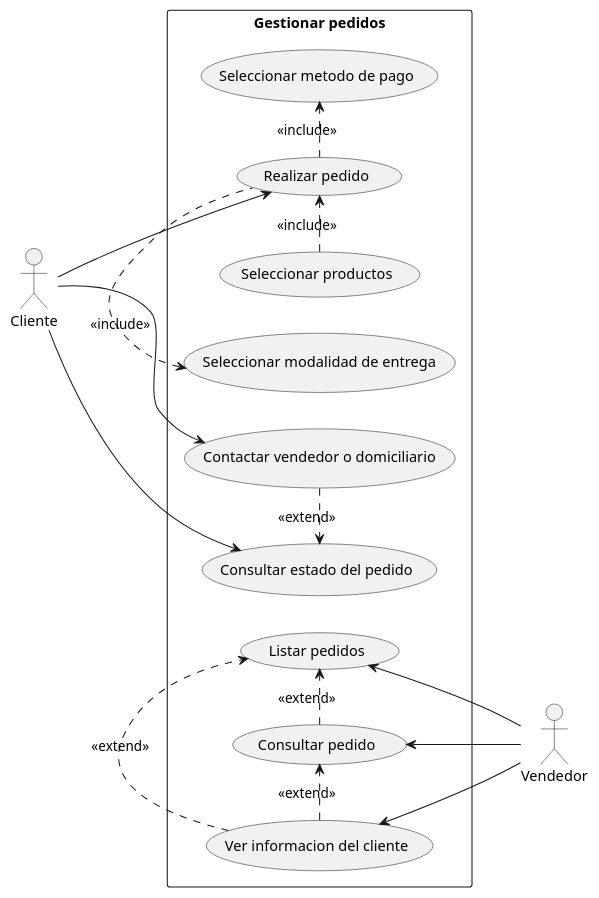
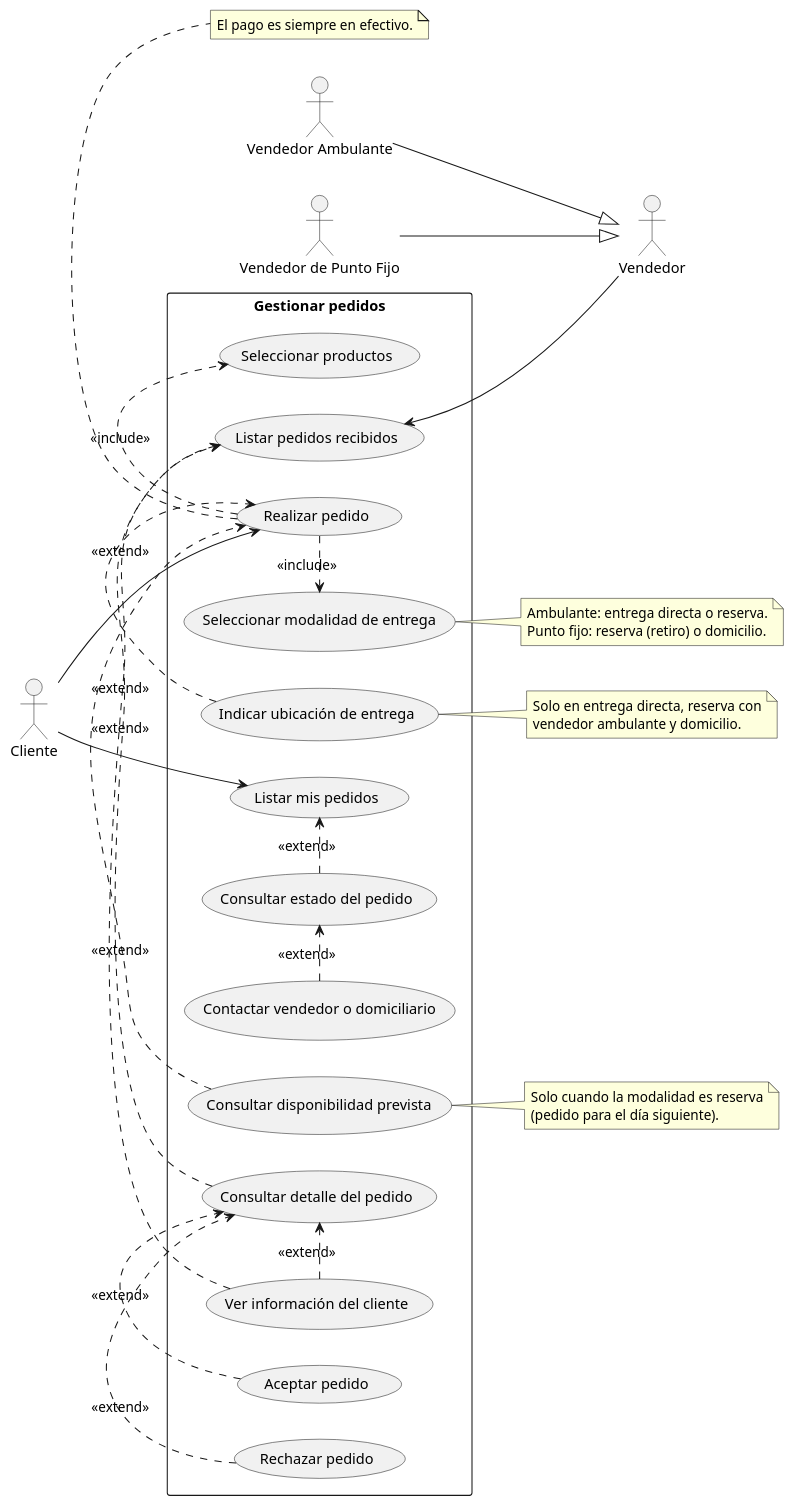
The diagram in casos de uso/gestionar_pedidos.puml (RAAR-18/napa), drawn with PlantUML before and after one commit. The commit also changed 130 other files, not shown here.

```diff
--- a/casos de uso/gestionar_pedidos.puml
+++ b/casos de uso/gestionar_pedidos.puml
@@ -1,35 +1,67 @@
 @startuml
 
 left to right direction
 
+actor "Cliente" as c
 actor "Vendedor" as v
-actor "Cliente" as c
+actor "Vendedor Ambulante" as va
+actor "Vendedor de Punto Fijo" as vpf
+
+va --|> v
+vpf --|> v
 
 rectangle "Gestionar pedidos" {
     usecase "Realizar pedido" as UC1
-    usecase "Consultar estado del pedido" as UC2
-    usecase "Contactar vendedor o domiciliario" as UC3
-    usecase "Listar pedidos" as UC5
-    usecase "Consultar pedido" as UC6
-    usecase "Seleccionar metodo de pago" as UC8
-    usecase "Seleccionar modalidad de entrega" as UC9
-    usecase "Seleccionar productos" as UC10
-    usecase "Ver informacion del cliente" as UC11
+    usecase "Seleccionar productos" as UC2
+    usecase "Seleccionar modalidad de entrega" as UC3
+    usecase "Indicar ubicación de entrega" as UC4
+    usecase "Consultar disponibilidad prevista" as UC5
+    usecase "Listar mis pedidos" as UC6
+    usecase "Consultar estado del pedido" as UC7
+    usecase "Contactar vendedor o domiciliario" as UC8
+    usecase "Listar pedidos recibidos" as UC9
+    usecase "Consultar detalle del pedido" as UC10
+    usecase "Ver información del cliente" as UC11
+    usecase "Aceptar pedido" as UC12
+    usecase "Rechazar pedido" as UC13
 }
 
 c --> UC1
-c --> UC2
-c --> UC3
+c --> UC6
 
-UC5 <-- v
-UC6 <-- v
-UC11 <-- v
+UC9 <-- v
 
-UC1 .> UC8 : <<include>>
-UC9 <. UC1 : <<include>>
-UC10 .> UC1 : <<include>>
-UC6 .> UC5 : <<extend>>
-UC3 .> UC2 : <<extend>>
-UC11 .> UC5 : <<extend>>
-UC11 .> UC6 : <<extend>>
+UC1 .> UC2 : <<include>>
+UC1 .> UC3 : <<include>>
+UC4 .> UC1 : <<extend>>
+UC5 .> UC1 : <<extend>>
+
+UC7 .> UC6 : <<extend>>
+UC8 .> UC7 : <<extend>>
+
+UC10 .> UC9 : <<extend>>
+UC11 .> UC9 : <<extend>>
+UC11 .> UC10 : <<extend>>
+UC12 .> UC10 : <<extend>>
+UC13 .> UC10 : <<extend>>
+
+note right of UC3
+  Ambulante: entrega directa o reserva.
+  Punto fijo: reserva (retiro) o domicilio.
+end note
+
+note right of UC4
+  Solo en entrega directa, reserva con
+  vendedor ambulante y domicilio.
+end note
+
+note right of UC5
+  Solo cuando la modalidad es reserva
+  (pedido para el día siguiente).
+end note
+
+note bottom of UC1
+  El pago es siempre en efectivo.
+end note
+
 @enduml
```
